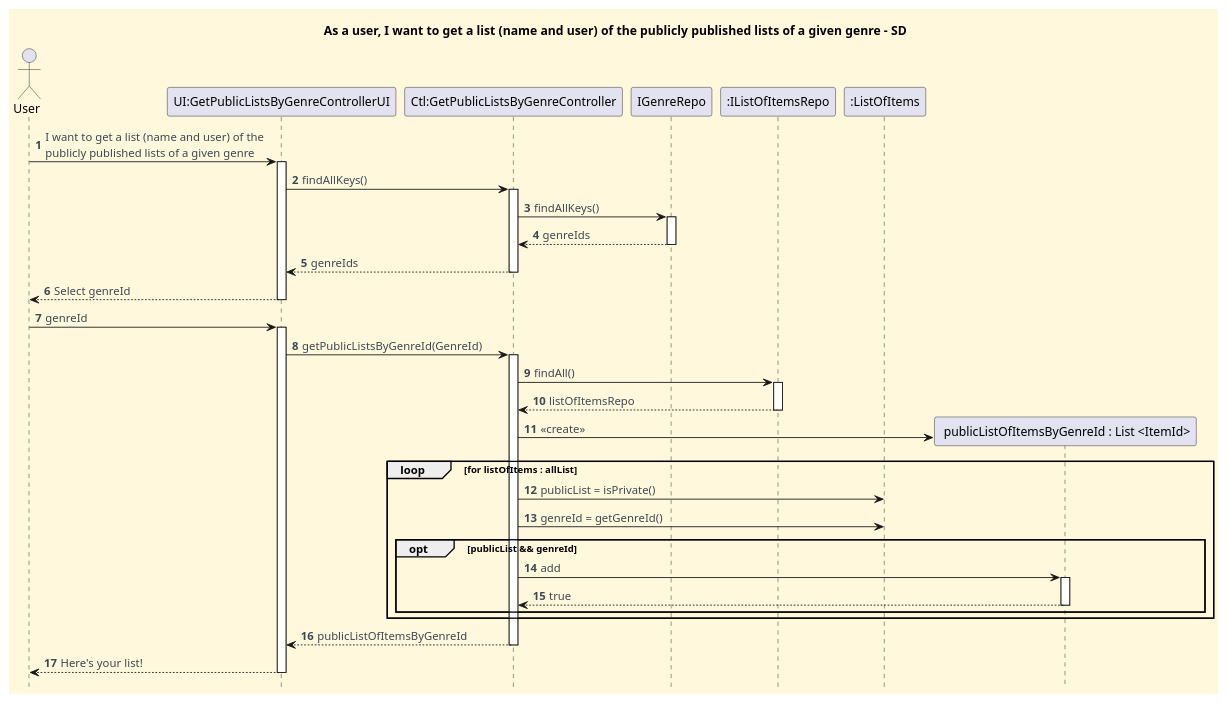
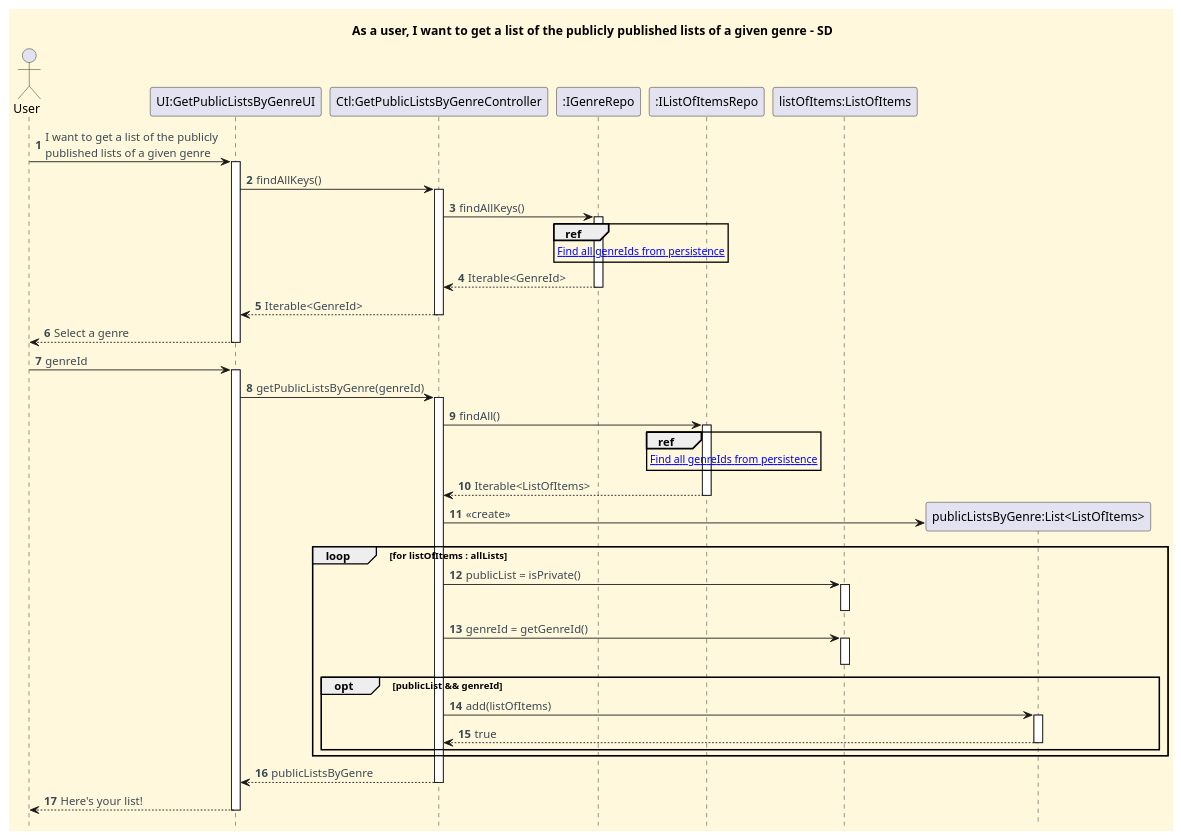
The diagram in docs/functionalities/user/get-list-of-given-genres/Get_A_List_Given_Genres_SD.puml (CarolinaLeite-collab/JavaMarketplacePlatform), drawn with PlantUML before and after one commit. The commit also changed 2 other files, not shown here.

Commit message:
docs: added SD and ref diagrams for Get Public Lists By Genre functionality - refs #887

```diff
--- a/docs/functionalities/user/get-list-of-given-genres/Get_A_List_Given_Genres_SD.puml
+++ b/docs/functionalities/user/get-list-of-given-genres/Get_A_List_Given_Genres_SD.puml
@@ -1,78 +1,90 @@
 @startuml
-title As a user, I want to get a list (name and user) of the publicly published lists of a given genre - SD
+title As a user, I want to get a list of the publicly published lists of a given genre - SD
 hidefootbox
 
-'==== basic style ====
 skinparam monochrome false
 skinparam shadowing false
 skinparam defaultFontName Futura
 skinparam objectFontSize 20
 skinparam backgroundColor CornSilk
 skinparam objectBackgroundColor WhiteSmoke
 skinparam noteBackgroundColor #FFFFE0
 skinparam ArrowFontColor #3B4953
 skinparam ActivationBackgroundColor black
 
 autonumber
 autoactivate off
 
+actor User as U
+participant "UI:GetPublicListsByGenreUI" as UI
+participant "Ctl:GetPublicListsByGenreController" as CTL
+participant ":IGenreRepo" as GR
+participant ":IListOfItemsRepo" as R
+participant "listOfItems:ListOfItems" as LOI
 
-actor User as U
-participant "UI:GetPublicListsByGenreControllerUI" as UI
-participant "Ctl:GetPublicListsByGenreController" as CTL
-participant "IGenreRepo" as IGR
-participant ":IListOfItemsRepo" as R
-participant ":ListOfItems" as loi
+U -> UI: I want to get a list of the publicly \npublished lists of a given genre
+activate UI
 
+UI -> CTL: findAllKeys()
+activate CTL
+CTL -> GR: findAllKeys()
+activate GR
 
-U -> UI: I want to get a list (name and user) of the \npublicly published lists of a given genre
-activate UI
-UI -> CTL:findAllKeys()
-activate CTL
-CTL -> IGR:findAllKeys()
-activate IGR
-IGR --> CTL:genreIds
-deactivate IGR
+ref over GR
+[[sd-ref-diagrams/Find_All_genreIds.puml Find all genreIds from persistence]]
+end ref
 
-CTL --> UI:genreIds
+GR --> CTL: Iterable<GenreId>
+deactivate GR
+
+CTL --> UI: Iterable<GenreId>
 deactivate CTL
 
-UI --> U: Select genreId
+UI --> U: Select a genre
 deactivate UI
 
 U -> UI: genreId
 activate UI
 
-UI -> CTL: getPublicListsByGenreId(GenreId)
+UI -> CTL: getPublicListsByGenre(genreId)
 activate CTL
 
 CTL -> R: findAll()
 activate R
 
-R --> CTL: listOfItemsRepo
+ref over R
+[[sd-ref-diagrams/Find_All_genreIds.puml Find all genreIds from persistence]]
+end ref
+
+R --> CTL: Iterable<ListOfItems>
 deactivate R
 
-create " publicListOfItemsByGenreId : List <ItemId>" as List
+create "publicListsByGenre:List<ListOfItems>" as List
 CTL -> List: <<create>>
 
+loop for listOfItems : allLists
+    CTL -> LOI: publicList = isPrivate()
+    activate LOI
 
-loop for listOfItems : allList
-    CTL -> loi: publicList = isPrivate()
-    CTL -> loi: genreId = getGenreId()
+    deactivate LOI
+
+    CTL -> LOI: genreId = getGenreId()
+    activate LOI
+
+    deactivate LOI
 
     opt publicList && genreId
-        CTL -> List : add
+        CTL -> List: add(listOfItems)
         activate List
-        List --> CTL : true
+        CTL <-- List: true
         deactivate List
     end
 end
-deactivate loi
 
-CTL --> UI: publicListOfItemsByGenreId
+CTL --> UI: publicListsByGenre
 deactivate CTL
 
 UI --> U: Here's your list!
 deactivate UI
 
 @enduml
```
